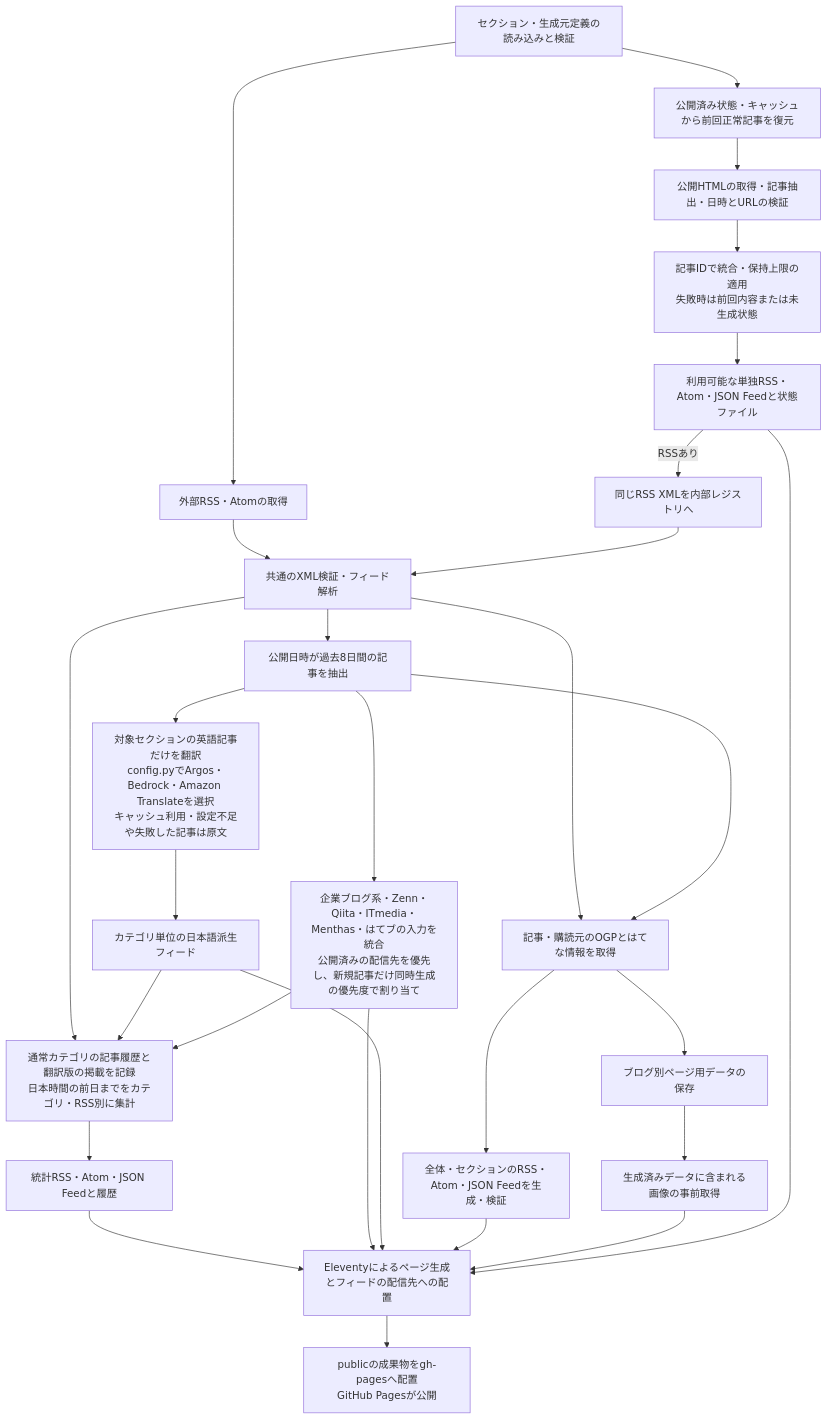
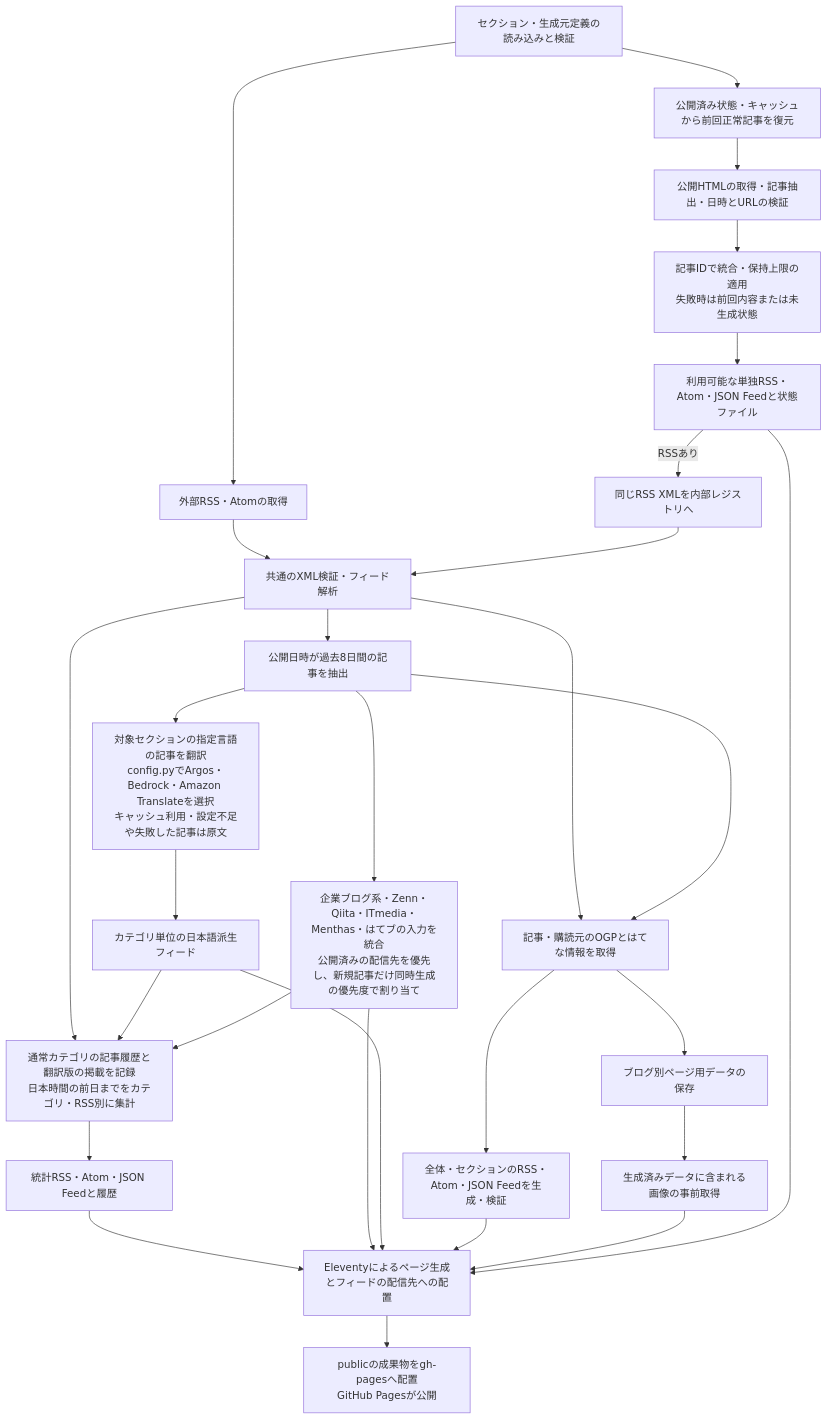
One commit to fuhitonakagawa/my-tech-blog-rss-feed changed the diagram in README.md. Above: the diagram before and after it, drawn with Mermaid. The commit also changed other lines of this file and 52 other files, not shown here.

````diff
--- a/README.md
+++ b/README.md
@@ -680,51 +712,51 @@
 ```mermaid
 flowchart TD
     definitions["セクション・生成元定義の読み込みと検証"]
     previous["公開済み状態・キャッシュから前回正常記事を復元"]
     html["公開HTMLの取得・記事抽出・日時とURLの検証"]
     state["記事IDで統合・保持上限の適用<br/>失敗時は前回内容または未生成状態"]
     generated["利用可能な単独RSS・Atom・JSON Feedと状態ファイル"]
     registry["同じRSS XMLを内部レジストリへ"]
     remote["外部RSS・Atomの取得"]
     parse["共通のXML検証・フィード解析"]
     recent["公開日時が過去8日間の記事を抽出"]
-    translation["対象セクションの英語記事だけを翻訳<br/>config.pyでArgos・Bedrock・Amazon Translateを選択<br/>キャッシュ利用・設定不足や失敗した記事は原文"]
+    translation["対象セクションの指定言語の記事を翻訳<br/>config.pyでArgos・Bedrock・Amazon Translateを選択<br/>キャッシュ利用・設定不足や失敗した記事は原文"]
     translated["カテゴリ単位の日本語派生フィード"]
     metadata["記事・購読元のOGPとはてな情報を取得"]
     aggregated["全体・セクションのRSS・Atom・JSON Feedを生成・検証"]
     blog["ブログ別ページ用データの保存"]
     prepare["生成済みデータに含まれる画像の事前取得"]
     site["Eleventyによるページ生成とフィードの配信先への配置"]
     deploy["publicの成果物をgh-pagesへ配置<br/>GitHub Pagesが公開"]
     definitions --> previous
     previous --> html
     html --> state
     state --> generated
     generated -->|RSSあり| registry
     definitions --> remote
     remote --> parse
     registry --> parse
     parse --> recent
     parse --> metadata
     recent --> metadata
     statistics["通常カテゴリの記事履歴と翻訳版の掲載を記録<br/>日本時間の前日までをカテゴリ・RSS別に集計"]
     statisticsFeeds["統計RSS・Atom・JSON Feedと履歴"]
     parse --> statistics
     translated --> statistics
     statistics --> statisticsFeeds
     statisticsFeeds --> site
     dedup["企業ブログ系・Zenn・Qiita・ITmedia・Menthas・はてブの入力を統合<br/>公開済みの配信先を優先し、新規記事だけ同時生成の優先度で割り当て"]
     recent --> dedup
     dedup --> statistics
     dedup --> site
     recent --> translation
     translation --> translated
     translated --> site
     metadata --> aggregated
     metadata --> blog
     blog --> prepare
     aggregated --> site
     prepare --> site
     generated --> site
     site --> deploy
 ```
````
